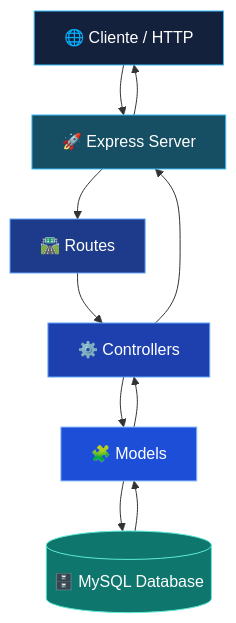
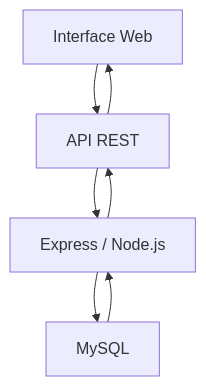
One commit to eucarlosz/unifecaf-flix changed the first of 2 diagrams in README.md. Above: the diagram before and after it, drawn with Mermaid. The commit also changed other lines of this file, not shown here.

````diff
--- a/README.md
+++ b/README.md
@@ -67,19 +60,9 @@
 ```mermaid
 flowchart TD
-    A["🌐 Cliente / HTTP"] --> B["🚀 Express Server"]
-    B --> C["🛣️ Routes"]
-    C --> D["⚙️ Controllers"]
-    D --> E["🧩 Models"]
-    E --> F[("🗄️ MySQL Database")]
-    F --> E
-    E --> D
-    D --> B
+    A["Interface Web"] --> B["API REST"]
+    B --> C["Express / Node.js"]
+    C --> D["MySQL"]
+    D --> C
+    C --> B
     B --> A
-
-    style A fill:#14213d,color:#fff,stroke:#38bdf8
-    style B fill:#164e63,color:#fff,stroke:#38bdf8
-    style C fill:#1e3a8a,color:#fff,stroke:#60a5fa
-    style D fill:#1e40af,color:#fff,stroke:#60a5fa
-    style E fill:#1d4ed8,color:#fff,stroke:#93c5fd
-    style F fill:#0f766e,color:#fff,stroke:#5eead4
 ```
````
